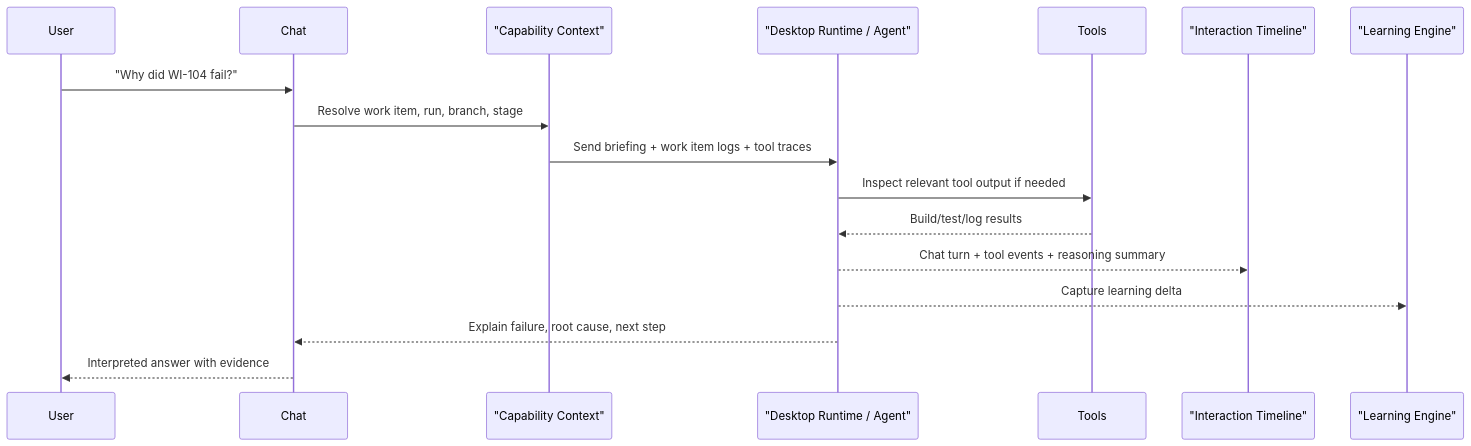
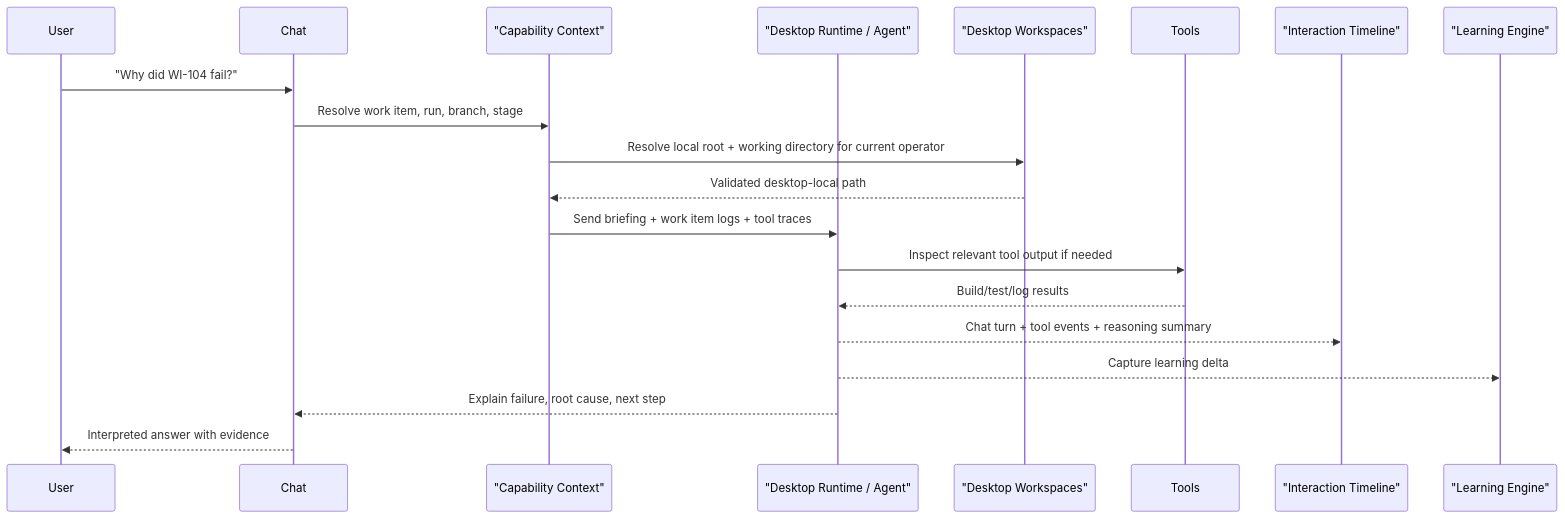
Before and after one commit to ashokraj2011/SingularityNeo: the tenth of 13 diagrams in docs/capability-mermaid-diagrams.md, drawn with Mermaid. The commit also changed other lines of this file and 82 other files, not shown here.

````diff
--- a/docs/capability-mermaid-diagrams.md
+++ b/docs/capability-mermaid-diagrams.md
@@ -234,20 +274,23 @@
 ```mermaid
 sequenceDiagram
   participant User
   participant Chat
   participant Context as "Capability Context"
   participant Runtime as "Desktop Runtime / Agent"
+  participant Map as "Desktop Workspaces"
   participant Tools
   participant Feed as "Interaction Timeline"
   participant Learn as "Learning Engine"
 
   User->>Chat: "Why did WI-104 fail?"
   Chat->>Context: Resolve work item, run, branch, stage
+  Context->>Map: Resolve local root + working directory for current operator
+  Map-->>Context: Validated desktop-local path
   Context->>Runtime: Send briefing + work item logs + tool traces
   Runtime->>Tools: Inspect relevant tool output if needed
   Tools-->>Runtime: Build/test/log results
   Runtime-->>Feed: Chat turn + tool events + reasoning summary
   Runtime-->>Learn: Capture learning delta
   Runtime-->>Chat: Explain failure, root cause, next step
   Chat-->>User: Interpreted answer with evidence
 ```
````
